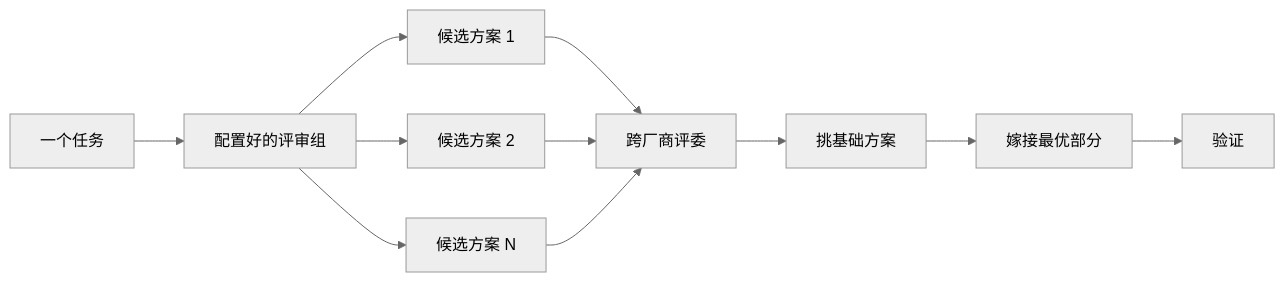
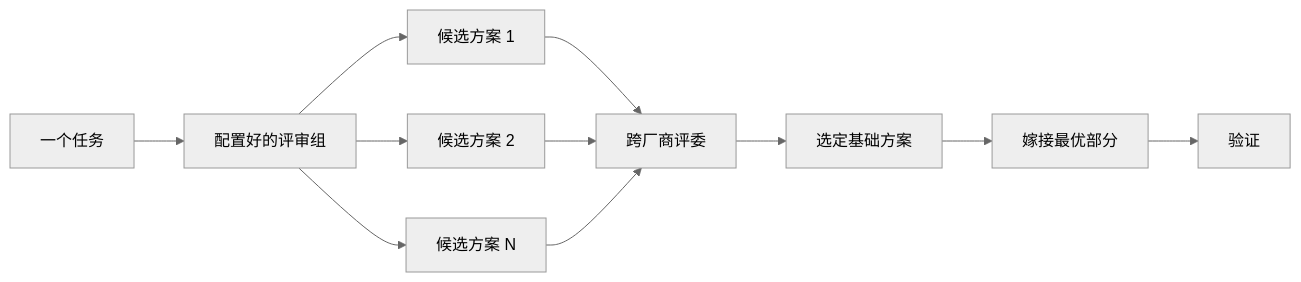
Before and after one commit to alvinhui/plugins: the diagram in pstack/docs/guide-zhCN/04-design.md, drawn with Mermaid (neutral theme). The commit also changed other lines of this file and 10 other files, not shown here.

````diff
--- a/pstack/docs/guide-zhCN/04-design.md
+++ b/pstack/docs/guide-zhCN/04-design.md
@@ -27,13 +27,13 @@
 ```mermaid
 flowchart LR
     A[一个任务] --> B[配置好的评审组]
     B --> C[候选方案 1]
     B --> D[候选方案 2]
     B --> E[候选方案 N]
     C --> F[跨厂商评委]
     D --> F
     E --> F
-    F --> G[挑基础方案]
+    F --> G[选定基础方案]
     G --> H[嫁接最优部分]
     H --> I[验证]
 ```
````
